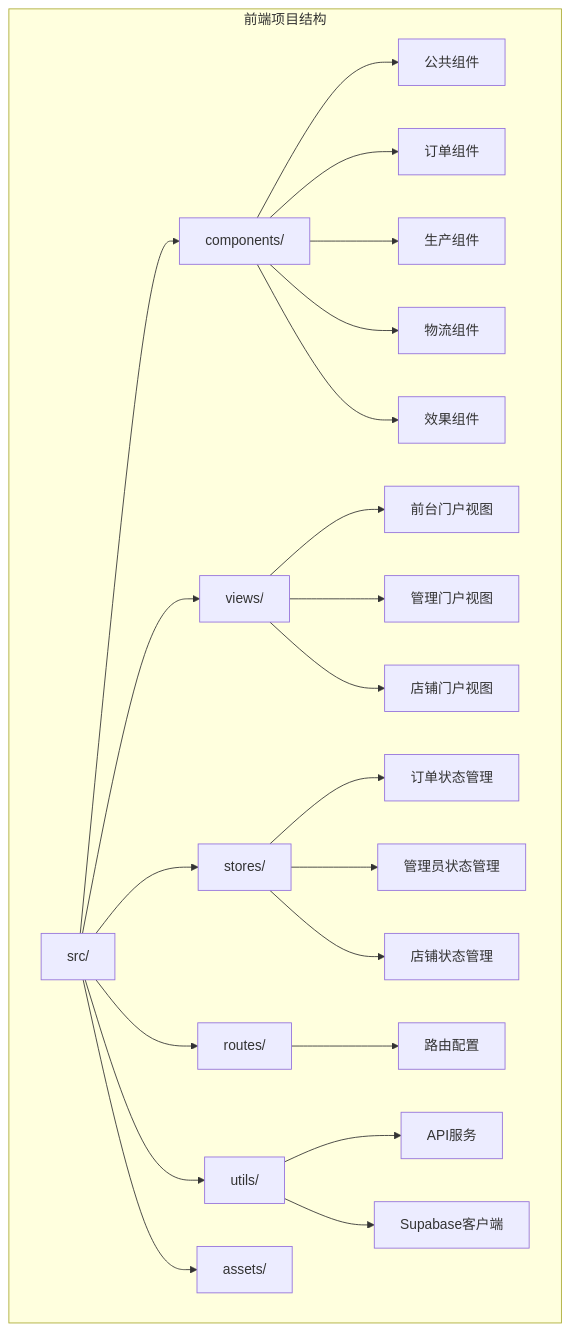
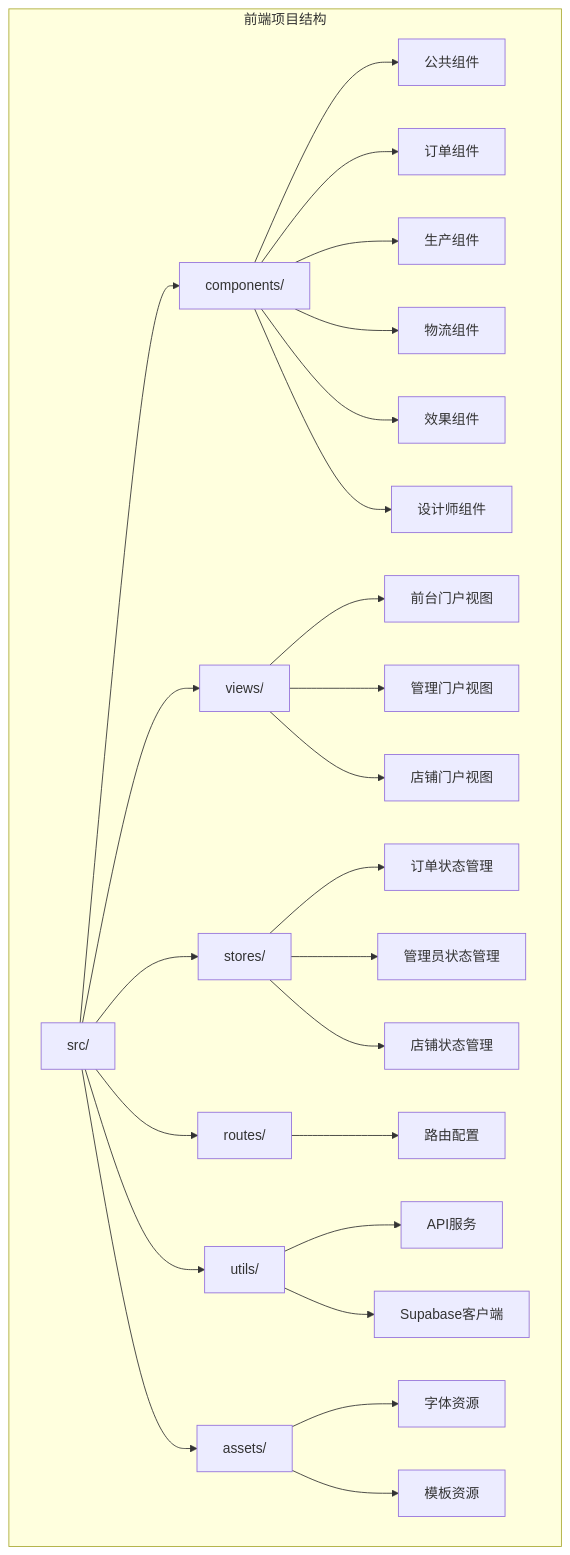
One commit to SY6621/POD-Order-Management changed the first of 27 diagrams in .qoder/repowiki/zh/content/开发指南/Vue组件架构.md. Above: the diagram before and after it, drawn with Mermaid. The commit also changed other lines of this file and 6 other files, not shown here.

````diff
--- a/.qoder/repowiki/zh/content/开发指南/Vue组件架构.md
+++ b/.qoder/repowiki/zh/content/开发指南/Vue组件架构.md
@@ -69,25 +76,28 @@
 ```mermaid
 graph TB
 subgraph "前端项目结构"
 A[src/] --> B[components/]
 A --> C[views/]
 A --> D[stores/]
 A --> E[routes/]
 A --> F[utils/]
 A --> G[assets/]
 B --> B1[公共组件]
 B --> B2[订单组件]
 B --> B3[生产组件]
 B --> B4[物流组件]
 B --> B5[效果组件]
+B --> B6[设计师组件]
 C --> C1[前台门户视图]
 C --> C2[管理门户视图]
 C --> C3[店铺门户视图]
 D --> D1[订单状态管理]
 D --> D2[管理员状态管理]
 D --> D3[店铺状态管理]
 E --> E1[路由配置]
 F --> F1[API服务]
 F --> F2[Supabase客户端]
+G --> G1[字体资源]
+G --> G2[模板资源]
 end
 ```
````
